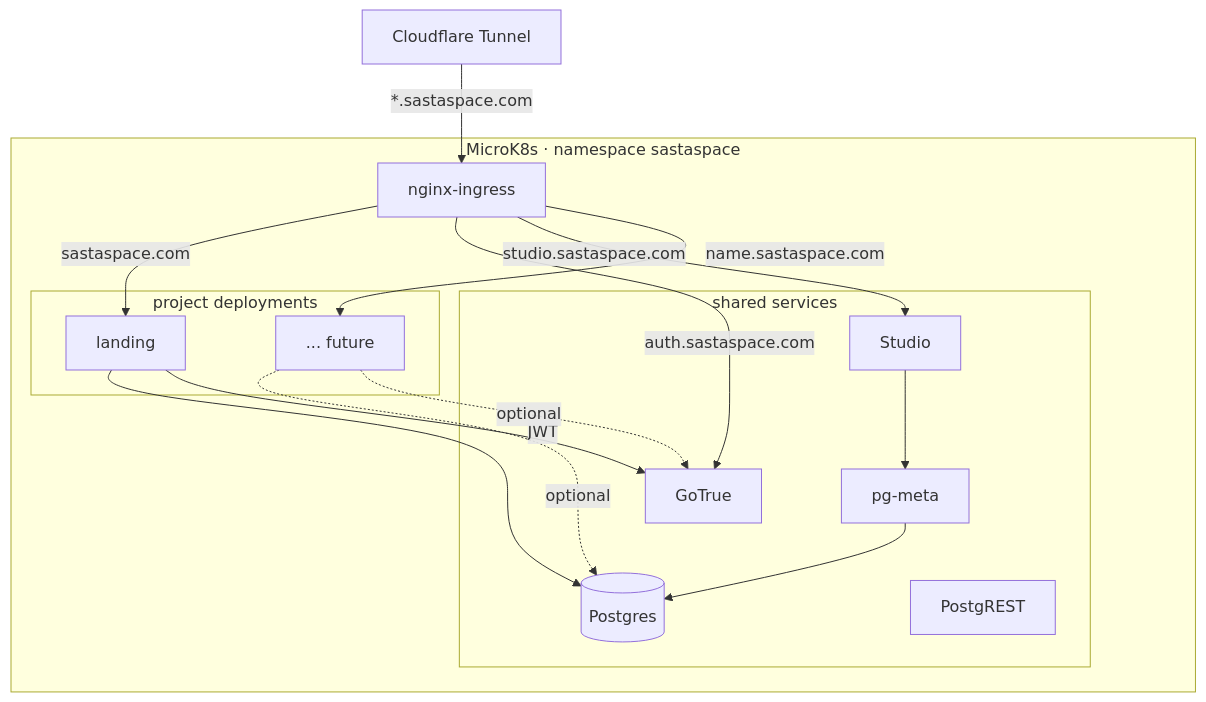
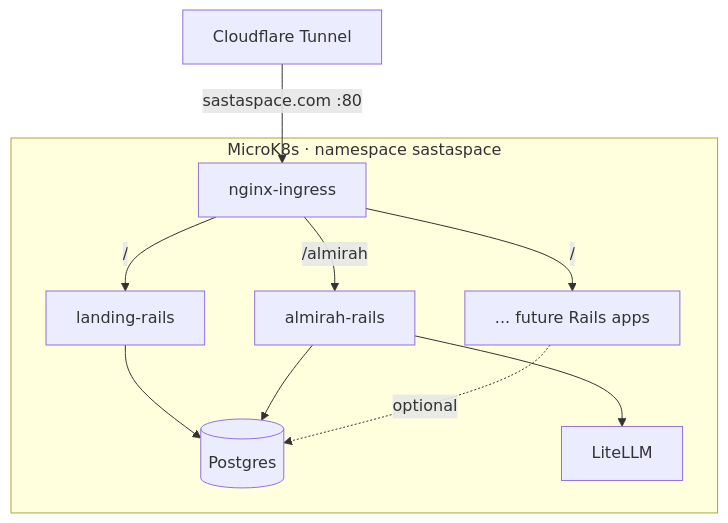
The diagram in CLAUDE.md (themohitkhare/sastaspace), drawn with Mermaid before and after one commit. The commit also changed other lines of this file and 636 other files, not shown here.

````diff
--- a/CLAUDE.md
+++ b/CLAUDE.md
@@ -230,28 +212,20 @@
 ```mermaid
 graph TD
     CF[Cloudflare Tunnel]
     subgraph mk8s [MicroK8s · namespace sastaspace]
         ING[nginx-ingress]
-        subgraph shared [shared services]
-            PG[(Postgres)]
-            PGR[PostgREST]
-            GT[GoTrue]
-            ST[Studio]
-            PM[pg-meta]
-        end
-        subgraph proj [project deployments]
-            LAND[landing]
-            APPn[... future]
-        end
+        PG[(Postgres)]
+        LLM[LiteLLM]
+        LAND[landing-rails]
+        ALM[almirah-rails]
+        APPn[... future Rails apps]
     end
-    CF -->|*.sastaspace.com| ING
-    ING -->|sastaspace.com| LAND
-    ING -->|auth.sastaspace.com| GT
-    ING -->|studio.sastaspace.com| ST
-    ING -->|name.sastaspace.com| APPn
+    CF -->|sastaspace.com :80| ING
+    ING -->|/ | LAND
+    ING -->|/almirah | ALM
+    ING -->|/<name> | APPn
     LAND --> PG
+    ALM --> PG
+    ALM --> LLM
     APPn -.optional.-> PG
-    LAND -->|JWT| GT
-    APPn -.optional.-> GT
-    ST --> PM --> PG
 ```
````
